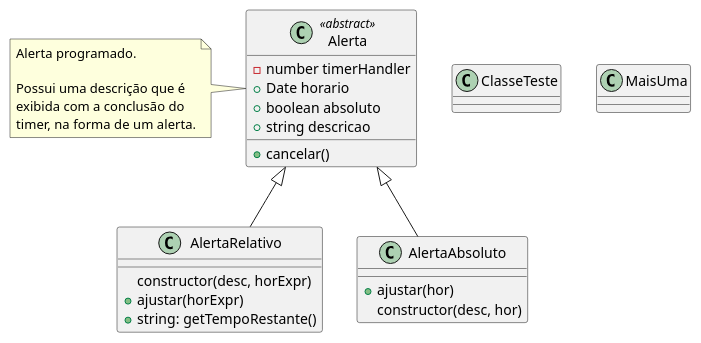
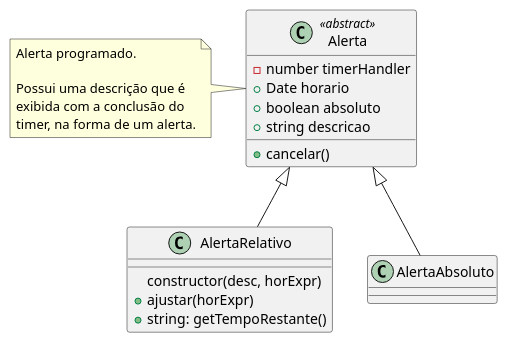
Before and after one commit to ruipimentel/plantuml-demo: the diagram in classes.puml, drawn with PlantUML.

Commit message:
remove alerta absoluto sem copiar métodos

```diff
--- a/classes.puml
+++ b/classes.puml
@@ -1,36 +1,23 @@
 @startuml "Classes"
 
 top to bottom direction
-
-class ClasseTeste {
-
-}
-
-class MaisUma {
-
-}
 
 class Alerta <<abstract>> {
   - number timerHandler
   + Date horario
   + boolean absoluto
   + string descricao
   + cancelar()
 }
 note left of Alerta : Alerta programado.\n\nPossui uma descrição que é\nexibida com a conclusão do\ntimer, na forma de um alerta.
 
 class AlertaRelativo {
   constructor(desc, horExpr)
   + ajustar(horExpr)
   + string: getTempoRestante()
 }
 
-class AlertaAbsoluto {
-  + ajustar(hor)
-  constructor(desc, hor)
-}
-
 Alerta <|-- AlertaRelativo
 Alerta <|-- AlertaAbsoluto
 
 @enduml
```
